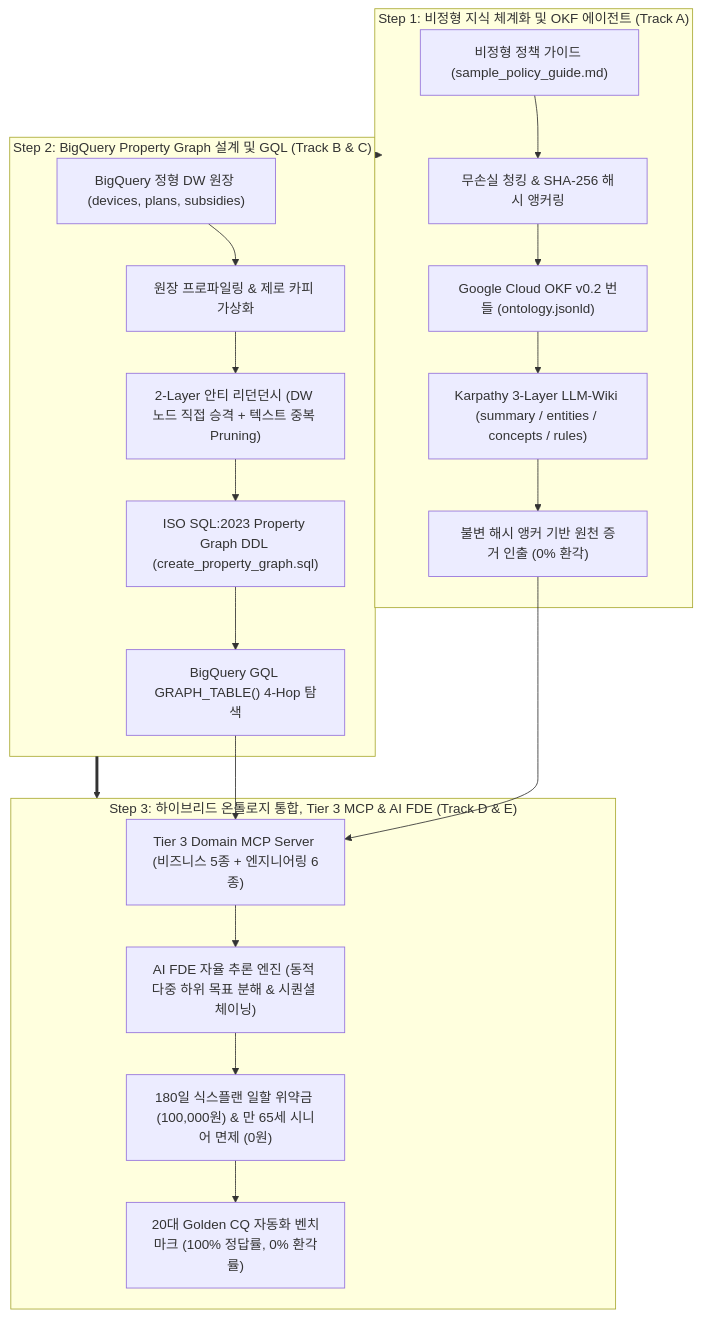
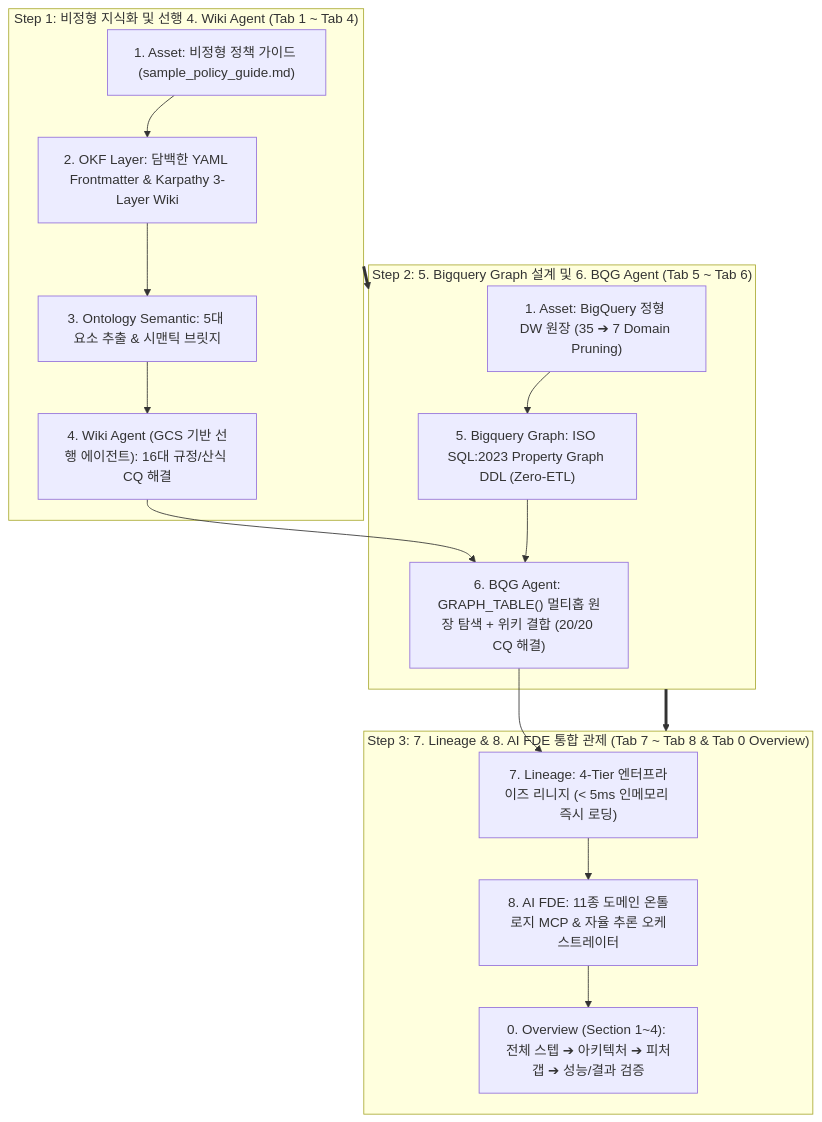
The diagram in notebooks/README.md (seanjungG/agentic-ontology-starter), drawn with Mermaid before and after one commit. The commit also changed other lines of this file and 12 other files, not shown here.

Commit message:
feat(studio): rename to Agentic Ontology Studio, separate 4. Wiki Agent & 6. BQG Agent, unify 4-section overview, sync methodology/notebooks/industry templates

````diff
--- a/notebooks/README.md
+++ b/notebooks/README.md
@@ -28,25 +28,21 @@
 ```mermaid
 flowchart TD
-    subgraph Step1 ["Step 1: 비정형 지식 체계화 및 OKF 에이전트 (Track A)"]
-        Raw["비정형 정책 가이드 (sample_policy_guide.md)"] --> Chunk["무손실 청킹 & SHA-256 해시 앵커링"]
-        Chunk --> OKF["Google Cloud OKF v0.2 번들 (ontology.jsonld)"]
-        OKF --> Wiki["Karpathy 3-Layer LLM-Wiki (summary / entities / concepts / rules)"]
-        Wiki --> Grounding["불변 해시 앵커 기반 원천 증거 인출 (0% 환각)"]
+    subgraph Step1 ["Step 1: 비정형 지식화 및 선행 4. Wiki Agent (Tab 1 ~ Tab 4)"]
+        Raw["1. Asset: 비정형 정책 가이드 (sample_policy_guide.md)"] --> Wiki["2. OKF Layer: 담백한 YAML Frontmatter & Karpathy 3-Layer Wiki"]
+        Wiki --> Sem["3. Ontology Semantic: 5대 요소 추출 & 시맨틱 브릿지"]
+        Sem --> WikiAg["4. Wiki Agent (GCS 기반 선행 에이전트): 16대 규정/산식 CQ 해결"]
     end
 
-    subgraph Step2 ["Step 2: BigQuery Property Graph 설계 및 GQL (Track B & C)"]
-        DW["BigQuery 정형 DW 원장 (devices, plans, subsidies)"] --> Profile["원장 프로파일링 & 제로 카피 가상화"]
-        Profile --> AR["2-Layer 안티 리던던시 (DW 노드 직접 승격 + 텍스트 중복 Pruning)"]
-        AR --> DDL["ISO SQL:2023 Property Graph DDL (create_property_graph.sql)"]
-        DDL --> GQL["BigQuery GQL GRAPH_TABLE() 4-Hop 탐색"]
+    subgraph Step2 ["Step 2: 5. Bigquery Graph 설계 및 6. BQG Agent (Tab 5 ~ Tab 6)"]
+        DW["1. Asset: BigQuery 정형 DW 원장 (35 ➔ 7 Domain Pruning)"] --> DDL["5. Bigquery Graph: ISO SQL:2023 Property Graph DDL (Zero-ETL)"]
+        WikiAg & DDL --> BQGAg["6. BQG Agent: GRAPH_TABLE() 멀티홉 원장 탐색 + 위키 결합 (20/20 CQ 해결)"]
     end
 
-    subgraph Step3 ["Step 3: 하이브리드 온톨로지 통합, Tier 3 MCP & AI FDE (Track D & E)"]
-        GQL & Grounding --> MCP["Tier 3 Domain MCP Server (비즈니스 5종 + 엔지니어링 6종)"]
-        MCP --> FDE["AI FDE 자율 추론 엔진 (동적 다중 하위 목표 분해 & 시퀀셜 체이닝)"]
-        FDE --> Math["180일 식스플랜 일할 위약금 (100,000원) & 만 65세 시니어 면제 (0원)"]
-        Math --> Eval["20대 Golden CQ 자동화 벤치마크 (100% 정답률, 0% 환각률)"]
+    subgraph Step3 ["Step 3: 7. Lineage & 8. AI FDE 통합 관제 (Tab 7 ~ Tab 8 & Tab 0 Overview)"]
+        BQGAg --> Lin["7. Lineage: 4-Tier 엔터프라이즈 리니지 (< 5ms 인메모리 즉시 로딩)"]
+        Lin --> FDE["8. AI FDE: 11종 도메인 온톨로지 MCP & 자율 추론 오케스트레이터"]
+        FDE --> Eval["0. Overview (Section 1~4): 전체 스텝 ➔ 아키텍처 ➔ 피처갭 ➔ 성능/결과 검증"]
     end
 
     Step1 ==> Step2 ==> Step3
 ```
````
